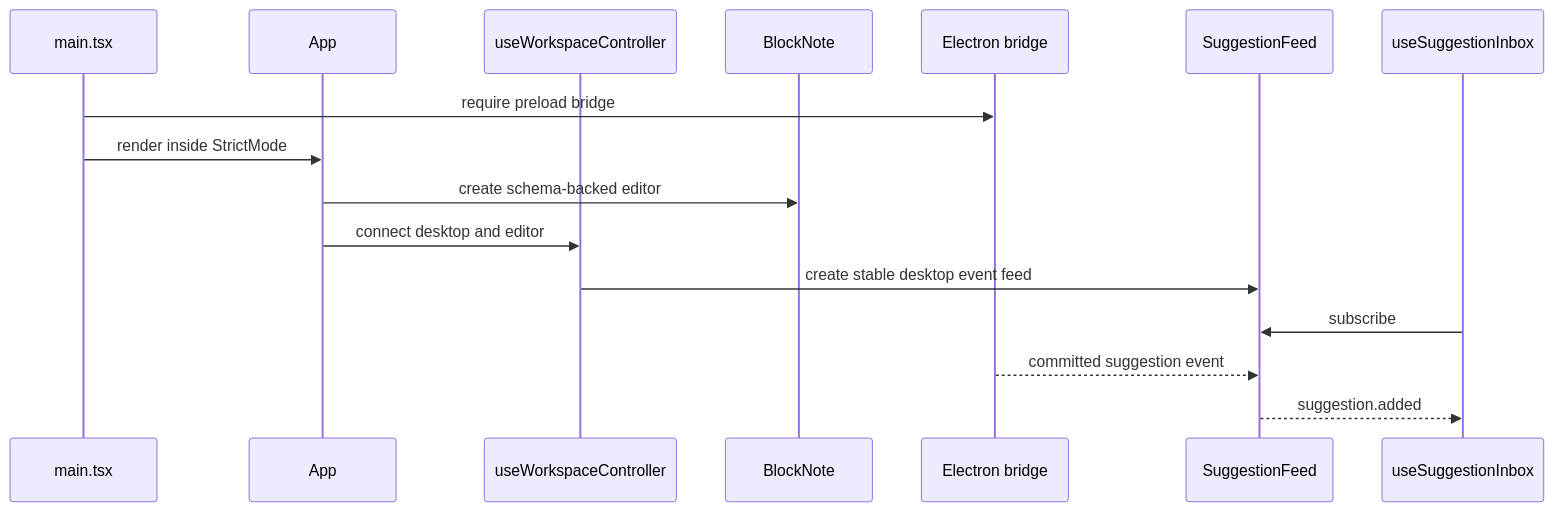
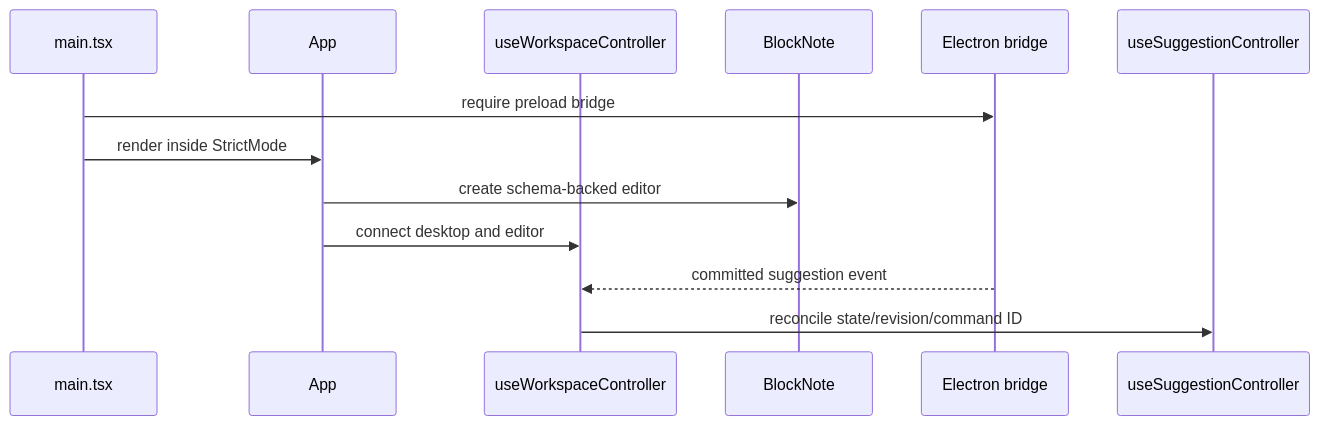
Before and after one commit to bitshielddev/writing-app: the second of 3 diagrams in docs/architecture.md, drawn with Mermaid. The commit also changed other lines of this file and 70 other files, not shown here.

Commit message:
Suggestion controller consolidation

````diff
--- a/docs/architecture.md
+++ b/docs/architecture.md
@@ -149,19 +140,16 @@
 ```mermaid
 sequenceDiagram
     participant Main as main.tsx
     participant App
     participant Controller as useWorkspaceController
     participant Editor as BlockNote
     participant Bridge as Electron bridge
-    participant Feed as SuggestionFeed
-    participant Inbox as useSuggestionInbox
+    participant Suggestions as useSuggestionController
 
     Main->>Bridge: require preload bridge
     Main->>App: render inside StrictMode
     App->>Editor: create schema-backed editor
     App->>Controller: connect desktop and editor
-    Controller->>Feed: create stable desktop event feed
-    Inbox->>Feed: subscribe
-    Bridge-->>Feed: committed suggestion event
-    Feed-->>Inbox: suggestion.added
+    Bridge-->>Controller: committed suggestion event
+    Controller->>Suggestions: reconcile state/revision/command ID
 ```
````
